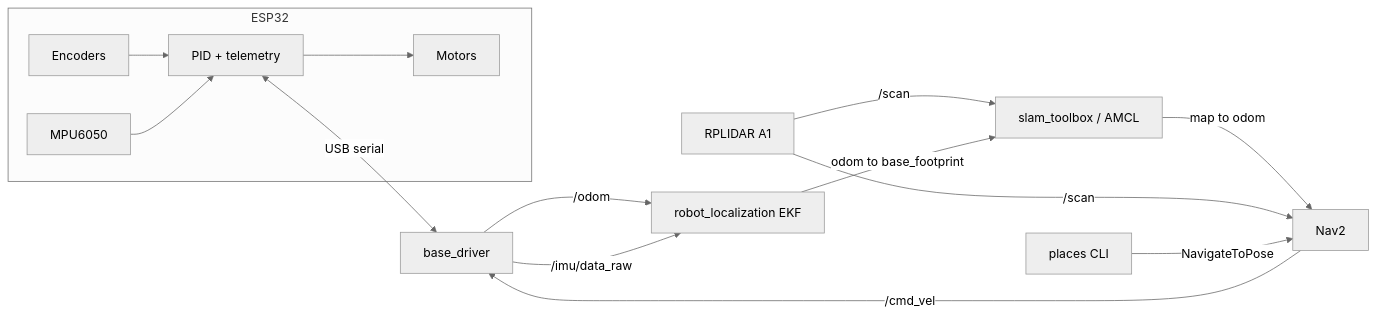
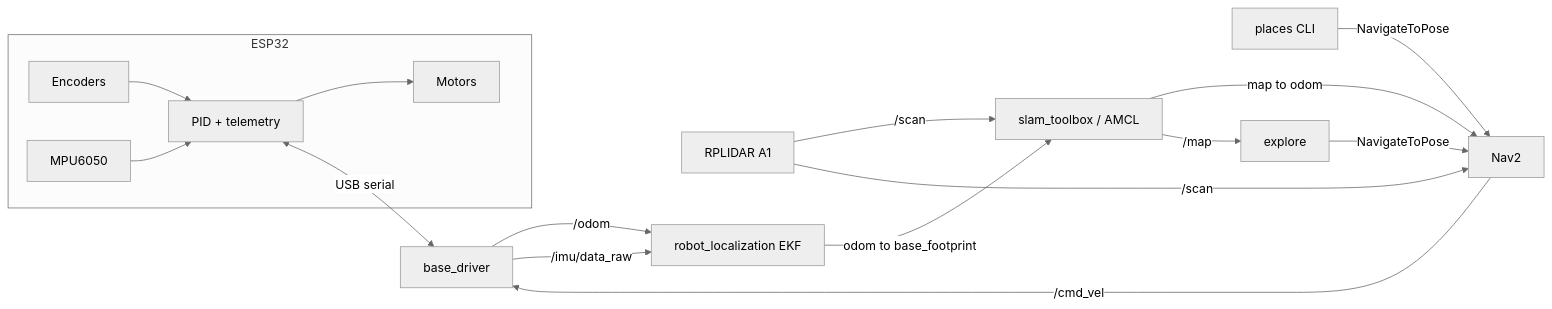
The diagram in README.md (AdrianMelendez/casabot), drawn with Mermaid (neutral theme) before and after one commit. The commit also changed other lines of this file and 4 other files, not shown here.

````diff
--- a/README.md
+++ b/README.md
@@ -22,20 +30,22 @@
 ```mermaid
 flowchart LR
     subgraph ESP32
         ENC[Encoders] --> FW[PID + telemetry]
         IMU[MPU6050] --> FW
         FW --> MOT[Motors]
     end
 
     FW <-->|USB serial| BD[base_driver]
     LIDAR[RPLIDAR A1] -->|/scan| SLAM
 
     BD -->|/odom| EKF[robot_localization EKF]
     BD -->|/imu/data_raw| EKF
     EKF -->|odom to base_footprint| SLAM[slam_toolbox / AMCL]
     SLAM -->|map to odom| NAV[Nav2]
     LIDAR -->|/scan| NAV
     NAV -->|/cmd_vel| BD
 
     PLACES[places CLI] -->|NavigateToPose| NAV
+    SLAM -->|/map| EXPLORE[explore]
+    EXPLORE -->|NavigateToPose| NAV
 ```
````
